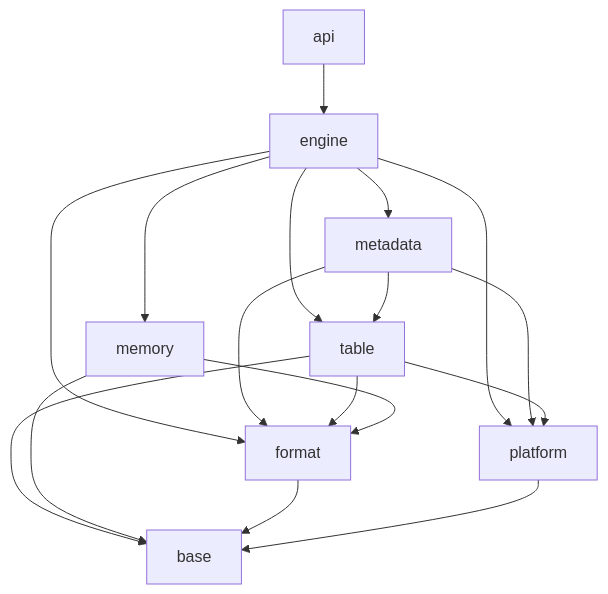
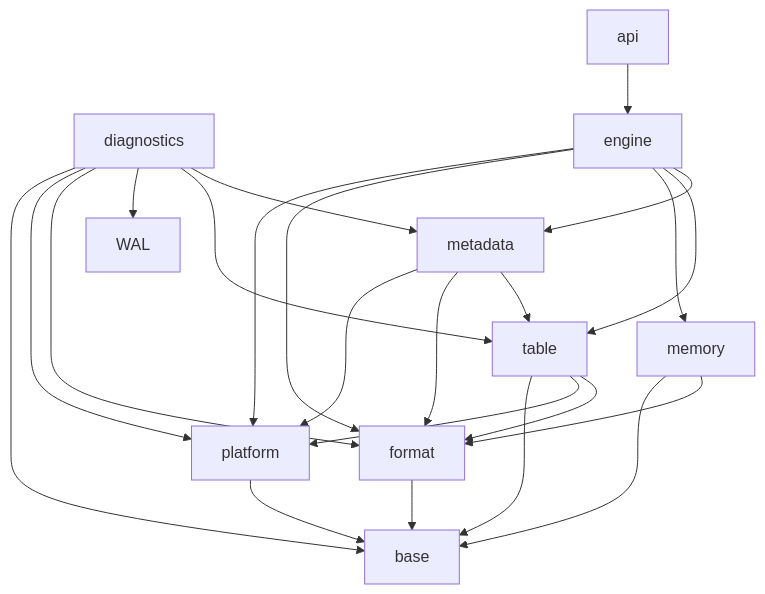
One commit to algorithm-apprentice/modern-level-db changed the diagram in docs/dependency-dag.md. Above: the diagram before and after it, drawn with Mermaid. The commit also changed other lines of this file and 23 other files, not shown here.

````diff
--- a/docs/dependency-dag.md
+++ b/docs/dependency-dag.md
@@ -16,28 +16,35 @@
 ```mermaid
 flowchart TD
   API[api]
+  DIAGNOSTICS[diagnostics]
   ENGINE[engine]
   METADATA[metadata]
   TABLE[table]
   MEMORY[memory]
   FORMAT[format]
   PLATFORM[platform]
   BASE[base]
 
   API --> ENGINE
+  DIAGNOSTICS --> METADATA
+  DIAGNOSTICS --> TABLE
+  DIAGNOSTICS --> WAL
+  DIAGNOSTICS --> FORMAT
+  DIAGNOSTICS --> PLATFORM
+  DIAGNOSTICS --> BASE
   ENGINE --> METADATA
   ENGINE --> TABLE
   ENGINE --> MEMORY
   ENGINE --> FORMAT
   ENGINE --> PLATFORM
   METADATA --> TABLE
   METADATA --> FORMAT
   METADATA --> PLATFORM
   TABLE --> FORMAT
   TABLE --> PLATFORM
   TABLE --> BASE
   MEMORY --> FORMAT
   MEMORY --> BASE
   FORMAT --> BASE
   PLATFORM --> BASE
 ```
````
